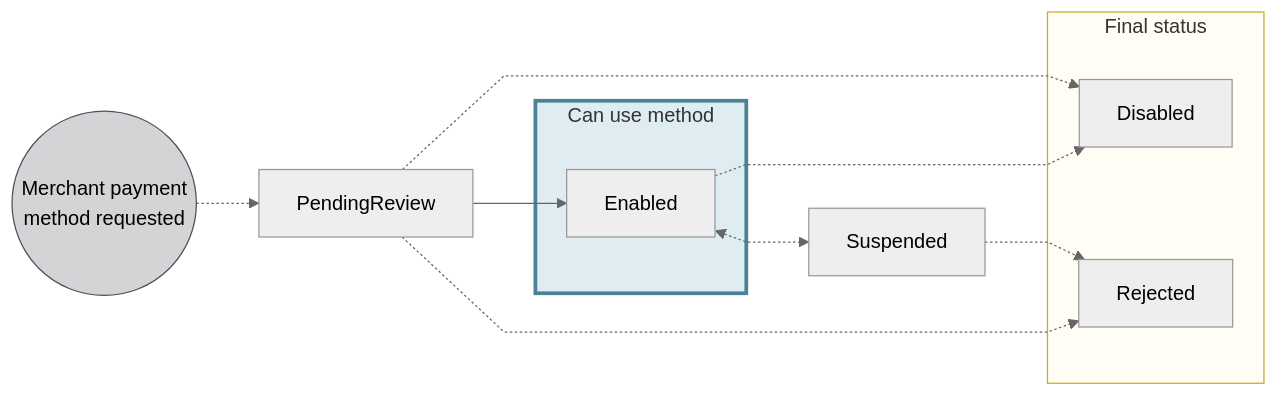
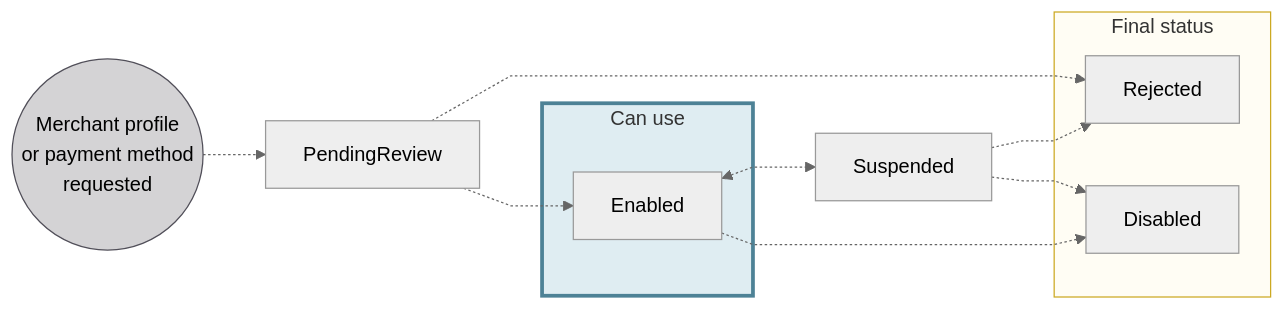
Before and after one commit to swan-io/docs: the diagram in docs/topics/merchants/index.mdx, drawn with Mermaid (neutral theme). The commit also changed other lines of this file, not shown here.

Commit message:
DOC-377 Merge merchant profile and payment statuses together

````diff
--- a/docs/topics/merchants/index.mdx
+++ b/docs/topics/merchants/index.mdx
@@ -111,21 +33,21 @@
 ```mermaid
 %%{ init: { 'flowchart': { 'curve': 'linear' } } }%%
 flowchart LR
-    MPMR((Merchant payment<br/>method requested)) -.-> PR[PendingReview]
-    PR -.-> D
-    PR --> E[Enabled]
+    MPMR((Merchant profile<br/>or payment method<br/>requested)) -.-> PR[PendingReview]
+    PR -.-> R[Rejected]
+    PR -.-> E[Enabled]
     E <-.-> S[Suspended]
     S -.-> R
+    S -.-> D
     E -.-> D[Disabled]
-    PR -.-> R[Rejected]
-    subgraph U[Can use method]
+    subgraph U[Can use]
         E
     end
     subgraph F[Final status]
         D
         R
     end
     style MPMR fill:#D4D3D5,stroke:#514F59
     style F fill:#fffdf4,stroke:#cca922
     style U fill:#dfedf2,stroke:#4d8296, stroke-width:3px
 ```
````
